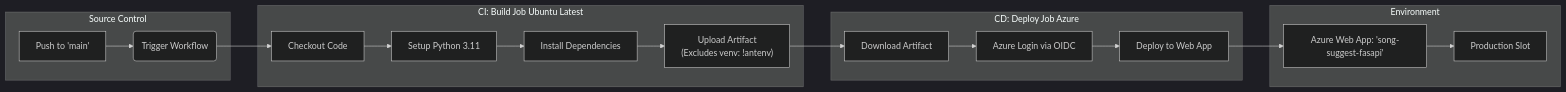
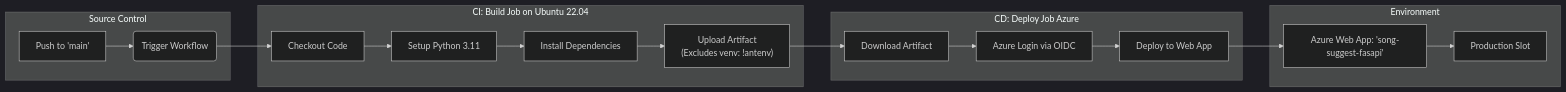
The third of 3 diagrams in whitepaper.md (Agrannya-Singh/Tune_Trace_backend), drawn with Mermaid (dark theme) before and after one commit.

````diff
--- a/whitepaper.md
+++ b/whitepaper.md
@@ -120,25 +120,25 @@
 ```mermaid
 graph LR
     subgraph Source_Control [Source Control]
         A[Push to 'main'] --> B(Trigger Workflow)
     end
 
-    subgraph Build_Job [CI: Build Job Ubuntu Latest]
+    subgraph Build_Job [CI: Build Job on Ubuntu 22.04]
         B --> C[Checkout Code]
         C --> D[Setup Python 3.11]
         D --> E[Install Dependencies]
         E --> F["Upload Artifact<br/>(Excludes venv: !antenv)"]
     end
 
     subgraph Deploy_Job [CD: Deploy Job Azure]
         F --> G[Download Artifact]
         G --> H[Azure Login via OIDC]
         H --> I[Deploy to Web App]
     end
 
     subgraph Production [Environment]
         I --> J[Azure Web App: 'song-suggest-fasapi']
         J --> K[Production Slot]
     end
 
 ```
````
